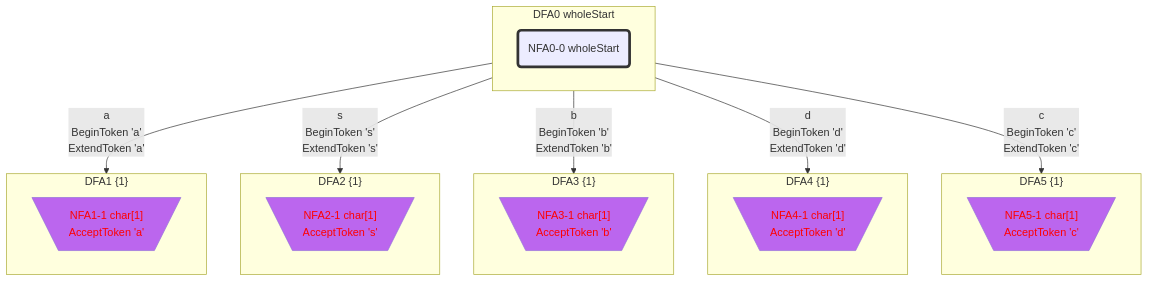
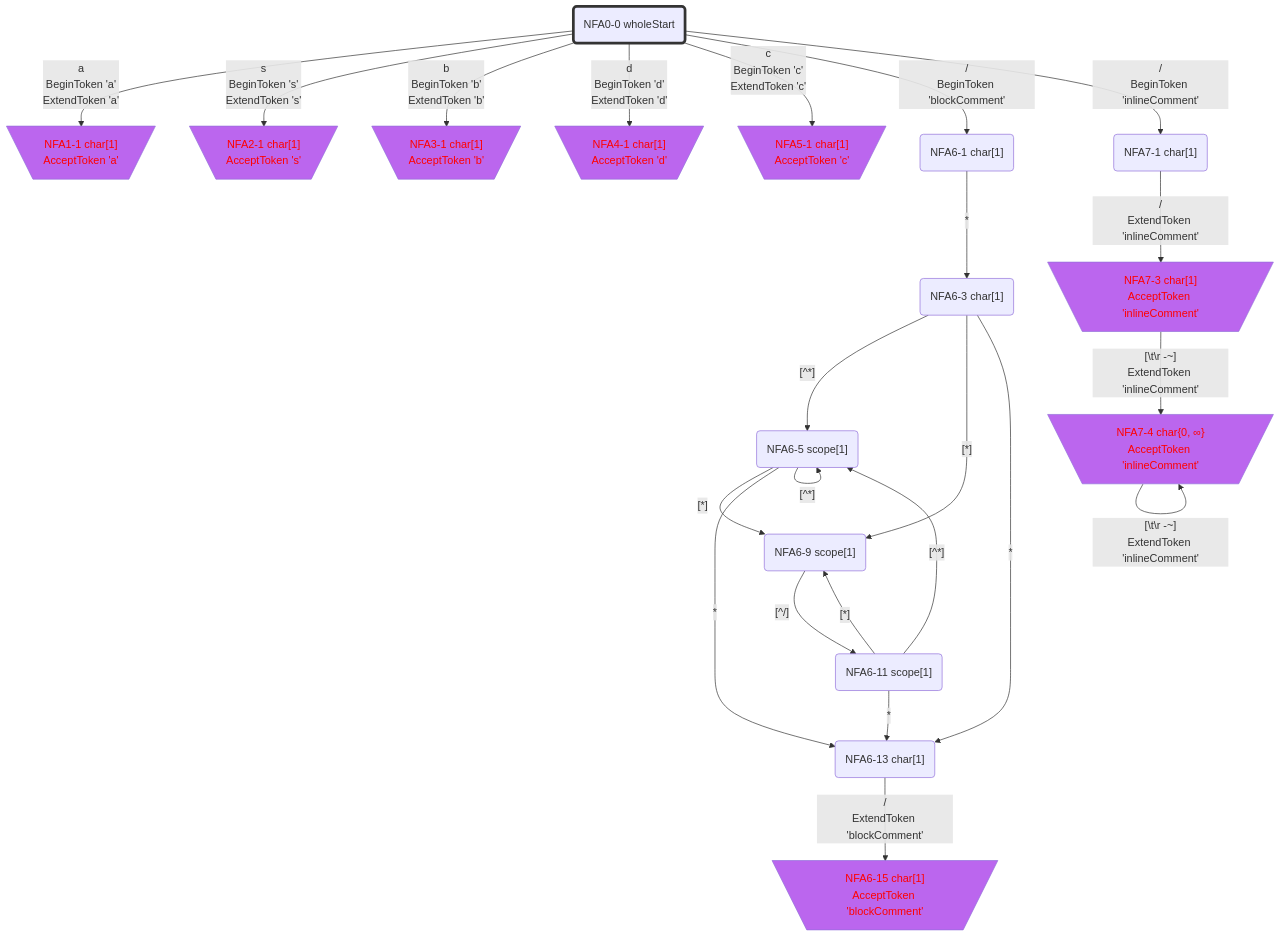
One commit to bitzhuwei/GrammarMentor changed diagram 17 of 21 in Practices/Practice.GeneratedXxxFormat.Test/GeneratedSAB/LexicalAnalyzer/README.gen.md. Above: the diagram before and after it, drawn with Mermaid. The commit also changed other lines of this file and 3868 other files, not shown here.

````diff
--- a/Practices/Practice.GeneratedXxxFormat.Test/GeneratedSAB/LexicalAnalyzer/README.gen.md
+++ b/Practices/Practice.GeneratedXxxFormat.Test/GeneratedSAB/LexicalAnalyzer/README.gen.md
@@ -761,55 +1119,76 @@
 classDef c1101 stroke:#333,stroke-width:4px,fill:#BB66EE,color:#FF0000;
 classDef c1110 stroke:#333,stroke-width:4px,fill:#BB66EE,stroke-dasharray: 10 10;
 classDef c1111 stroke:#333,stroke-width:4px,fill:#BB66EE,stroke-dasharray: 10 10,color:#FF0000;
-subgraph DFA0_1923463421["DFA0 wholeStart"]
-NFA0_0_33119207_0("NFA0-0 wholeStart")
-class NFA0_0_33119207_0 c1000;
-end
-class DFA0_1923463421 c1000;
-subgraph DFA1_-694928352["DFA1 {1}"]
-NFA1_1_11136452_1[\"NFA1-1 char[1]
+NFA0_0_42689762("NFA0-0 wholeStart")
+class NFA0_0_42689762 c1000;
+NFA1_1_64395630[\"NFA1-1 char[1]
 AcceptToken 'a'"/]
-class NFA1_1_11136452_1 c0101;
-end
-class DFA1_-694928352 c0101;
-subgraph DFA2_1430363654["DFA2 {1}"]
-NFA2_1_29637409_2[\"NFA2-1 char[1]
+class NFA1_1_64395630 c0101;
+NFA2_1_48663540[\"NFA2-1 char[1]
 AcceptToken 's'"/]
-class NFA2_1_29637409_2 c0101;
-end
-class DFA2_1430363654 c0101;
-subgraph DFA3_-1559980011["DFA3 {1}"]
-NFA3_1_65410091_3[\"NFA3-1 char[1]
+class NFA2_1_48663540 c0101;
+NFA3_1_35318677[\"NFA3-1 char[1]
 AcceptToken 'b'"/]
-class NFA3_1_65410091_3 c0101;
-end
-class DFA3_-1559980011 c0101;
-subgraph DFA4_1206467762["DFA4 {1}"]
-NFA4_1_51819910_4[\"NFA4-1 char[1]
+class NFA3_1_35318677 c0101;
+NFA4_1_49432638[\"NFA4-1 char[1]
 AcceptToken 'd'"/]
-class NFA4_1_51819910_4 c0101;
-end
-class DFA4_1206467762 c0101;
-subgraph DFA5_-1793880414["DFA5 {1}"]
-NFA5_1_63726012_5[\"NFA5-1 char[1]
+class NFA4_1_49432638 c0101;
+NFA5_1_42240560[\"NFA5-1 char[1]
 AcceptToken 'c'"/]
-class NFA5_1_63726012_5 c0101;
-end
-class DFA5_-1793880414 c0101;
-DFA0_1923463421 -->|"a
+class NFA5_1_42240560 c0101;
+NFA6_1_44620724("NFA6-1 char[1]")
+NFA7_1_66042204("NFA7-1 char[1]")
+NFA6_3_47818304("NFA6-3 char[1]")
+NFA7_3_57508928[\"NFA7-3 char[1]
+AcceptToken 'inlineComment'"/]
+class NFA7_3_57508928 c0101;
+NFA6_5_48077445("NFA6-5 scope[1]")
+NFA6_9_27711559("NFA6-9 scope[1]")
+NFA6_13_30043827("NFA6-13 char[1]")
+NFA7_4_1958995[\"NFA7-4 char{0, ∞}
+AcceptToken 'inlineComment'"/]
+class NFA7_4_1958995 c0101;
+NFA6_11_24460881("NFA6-11 scope[1]")
+NFA6_15_17630956[\"NFA6-15 char[1]
+AcceptToken 'blockComment'"/]
+class NFA6_15_17630956 c0101;
+NFA0_0_42689762 -->|"a
 BeginToken 'a'
-ExtendToken 'a'"|DFA1_-694928352
-DFA0_1923463421 -->|"s
+ExtendToken 'a'"|NFA1_1_64395630
+NFA0_0_42689762 -->|"s
 BeginToken 's'
-ExtendToken 's'"|DFA2_1430363654
-DFA0_1923463421 -->|"b
+ExtendToken 's'"|NFA2_1_48663540
+NFA0_0_42689762 -->|"b
 BeginToken 'b'
-ExtendToken 'b'"|DFA3_-1559980011
-DFA0_1923463421 -->|"d
+ExtendToken 'b'"|NFA3_1_35318677
+NFA0_0_42689762 -->|"d
 BeginToken 'd'
-ExtendToken 'd'"|DFA4_1206467762
-DFA0_1923463421 -->|"c
+ExtendToken 'd'"|NFA4_1_49432638
+NFA0_0_42689762 -->|"c
 BeginToken 'c'
-ExtendToken 'c'"|DFA5_-1793880414
+ExtendToken 'c'"|NFA5_1_42240560
+NFA0_0_42689762 -->|"/
+BeginToken 'blockComment'"|NFA6_1_44620724
+NFA0_0_42689762 -->|"/
+BeginToken 'inlineComment'"|NFA7_1_66042204
+NFA6_1_44620724 -->|"*"|NFA6_3_47818304
+NFA7_1_66042204 -->|"/
+ExtendToken 'inlineComment'"|NFA7_3_57508928
+NFA6_3_47818304 -->|"[^*]"|NFA6_5_48077445
+NFA6_3_47818304 -->|"[*]"|NFA6_9_27711559
+NFA6_3_47818304 -->|"*"|NFA6_13_30043827
+NFA7_3_57508928 -->|"[#92;t#92;r#32;-~]
+ExtendToken 'inlineComment'"|NFA7_4_1958995
+NFA6_5_48077445 -->|"[^*]"|NFA6_5_48077445
+NFA6_5_48077445 -->|"[*]"|NFA6_9_27711559
+NFA6_5_48077445 -->|"*"|NFA6_13_30043827
+NFA6_9_27711559 -->|"[^/]"|NFA6_11_24460881
+NFA6_13_30043827 -->|"/
+ExtendToken 'blockComment'"|NFA6_15_17630956
+NFA7_4_1958995 -->|"[#92;t#92;r#32;-~]
+ExtendToken 'inlineComment'"|NFA7_4_1958995
+NFA6_11_24460881 -->|"[^*]"|NFA6_5_48077445
+NFA6_11_24460881 -->|"[*]"|NFA6_9_27711559
+NFA6_11_24460881 -->|"*"|NFA6_13_30043827
 
 ```
````
